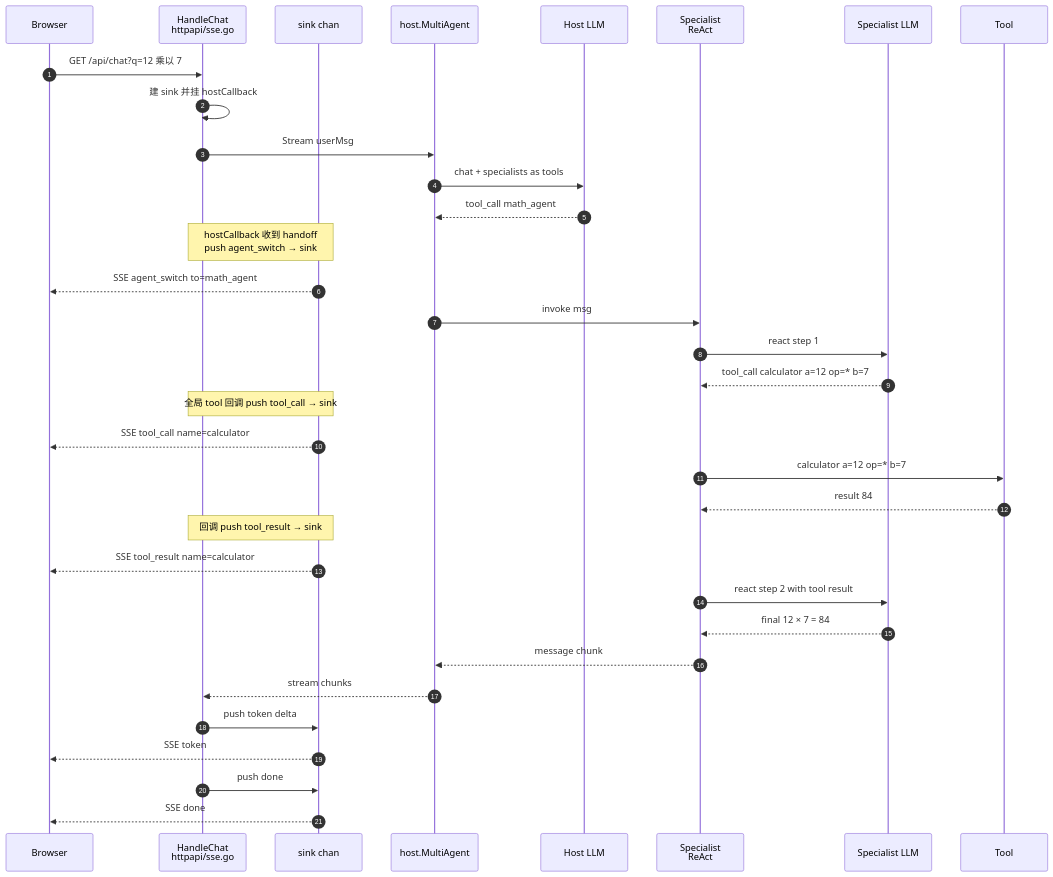
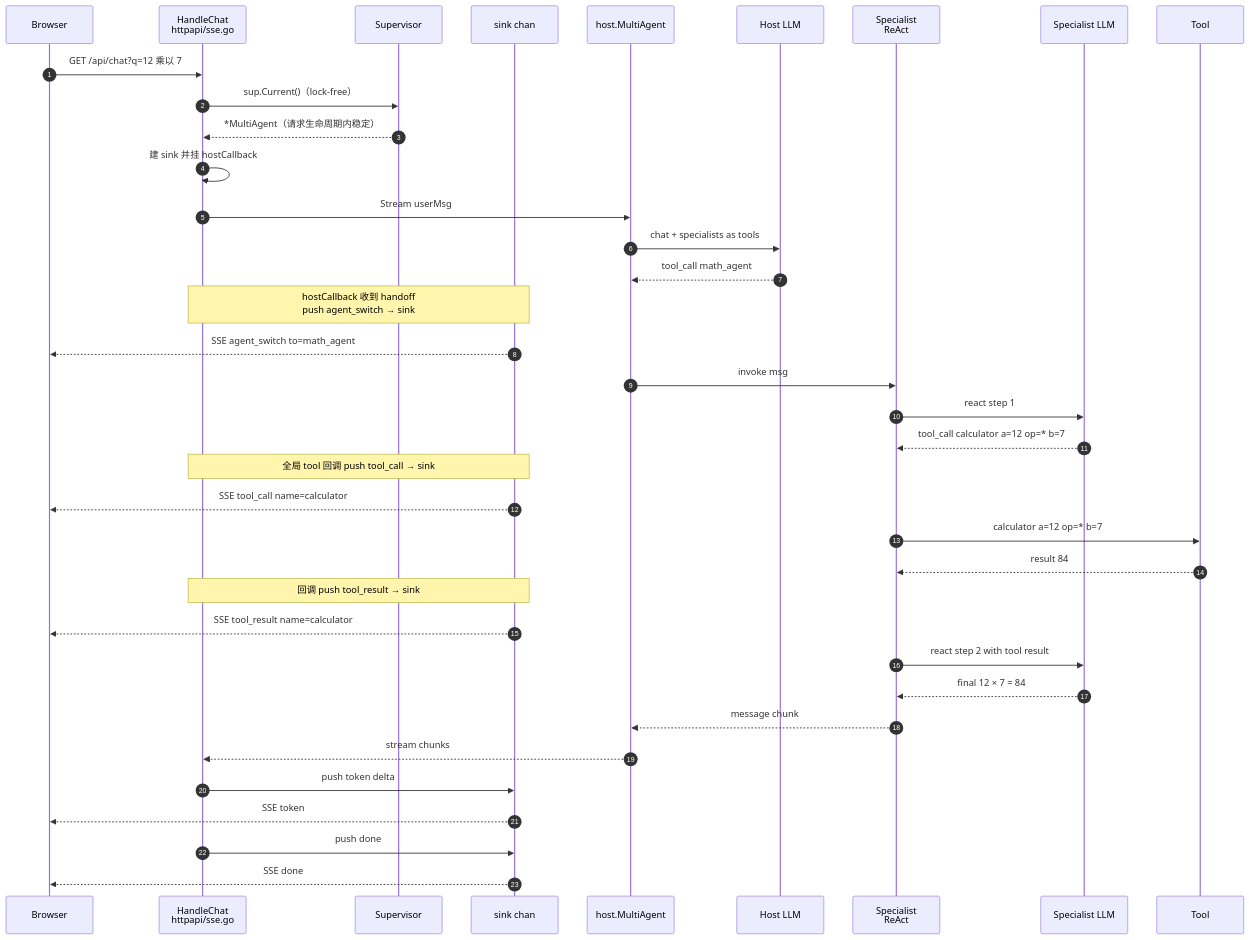
Before and after one commit to mlliu920423-beep/first-agentInK8s: the third of 4 diagrams in ARCHITECTURE.md, drawn with Mermaid. The commit also changed other lines of this file and 13 other files, not shown here.

````diff
--- a/ARCHITECTURE.md
+++ b/ARCHITECTURE.md
@@ -153,37 +160,40 @@
 ```mermaid
 sequenceDiagram
   autonumber
   participant U as Browser
   participant H as HandleChat<br/>httpapi/sse.go
+  participant SP0 as Supervisor
   participant SK as sink chan
   participant HMA as host.MultiAgent
   participant HL as Host LLM
   participant SP as Specialist<br/>ReAct
   participant SL as Specialist LLM
   participant T as Tool
 
   U->>H: GET /api/chat?q=12 乘以 7
+  H->>SP0: sup.Current()（lock-free）
+  SP0-->>H: *MultiAgent（请求生命周期内稳定）
   H->>H: 建 sink 并挂 hostCallback
   H->>HMA: Stream userMsg
   HMA->>HL: chat + specialists as tools
   HL-->>HMA: tool_call math_agent
   Note over H,SK: hostCallback 收到 handoff<br/>push agent_switch → sink
   SK-->>U: SSE agent_switch to=math_agent
   HMA->>SP: invoke msg
   SP->>SL: react step 1
   SL-->>SP: tool_call calculator a=12 op=* b=7
   Note over H,SK: 全局 tool 回调 push tool_call → sink
   SK-->>U: SSE tool_call name=calculator
   SP->>T: calculator a=12 op=* b=7
   T-->>SP: result 84
   Note over H,SK: 回调 push tool_result → sink
   SK-->>U: SSE tool_result name=calculator
   SP->>SL: react step 2 with tool result
   SL-->>SP: final 12 × 7 = 84
   SP-->>HMA: message chunk
   HMA-->>H: stream chunks
   H->>SK: push token delta
   SK-->>U: SSE token
   H->>SK: push done
   SK-->>U: SSE done
 ```
````
